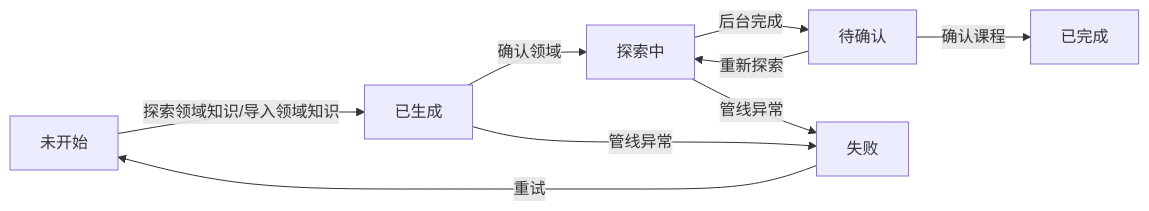
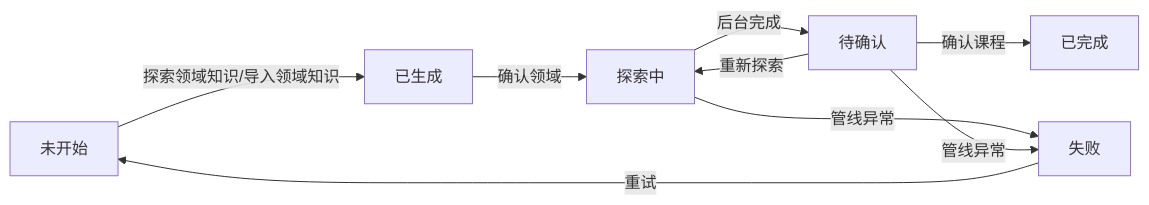
One commit to swfswf1234/QED-Engine changed the second of 3 diagrams in docs/design/downloads-flow.md. Above: the diagram before and after it, drawn with Mermaid. The commit also changed other lines of this file and 72 other files, not shown here.

````diff
--- a/docs/design/downloads-flow.md
+++ b/docs/design/downloads-flow.md
@@ -53,11 +55,11 @@
 ```mermaid
 flowchart LR
     A[未开始] -- 探索领域知识/导入领域知识 --> B[已生成]
     B -- 确认领域 --> C[探索中]
     C -- 后台完成 --> D[待确认]
     D -- 确认课程 --> E[已完成]
     C -- 管线异常 --> F[失败]
-    B -- 管线异常 --> F
+    D -- 管线异常 --> F
     F -- 重试 --> A
     D -- 重新探索 --> C
 ```
````
